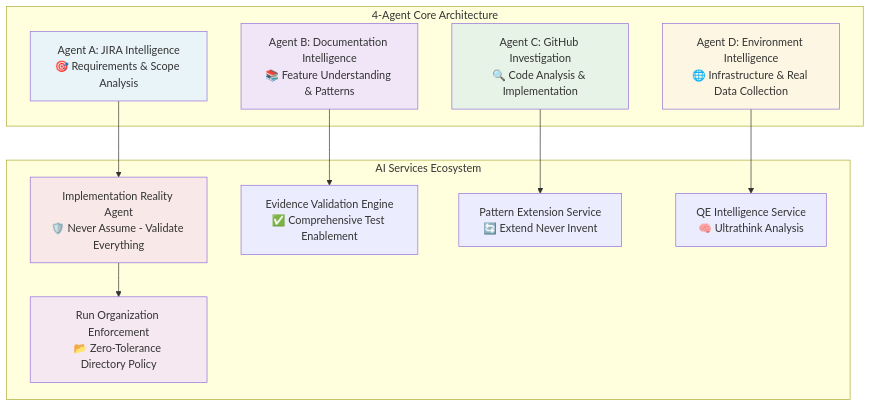
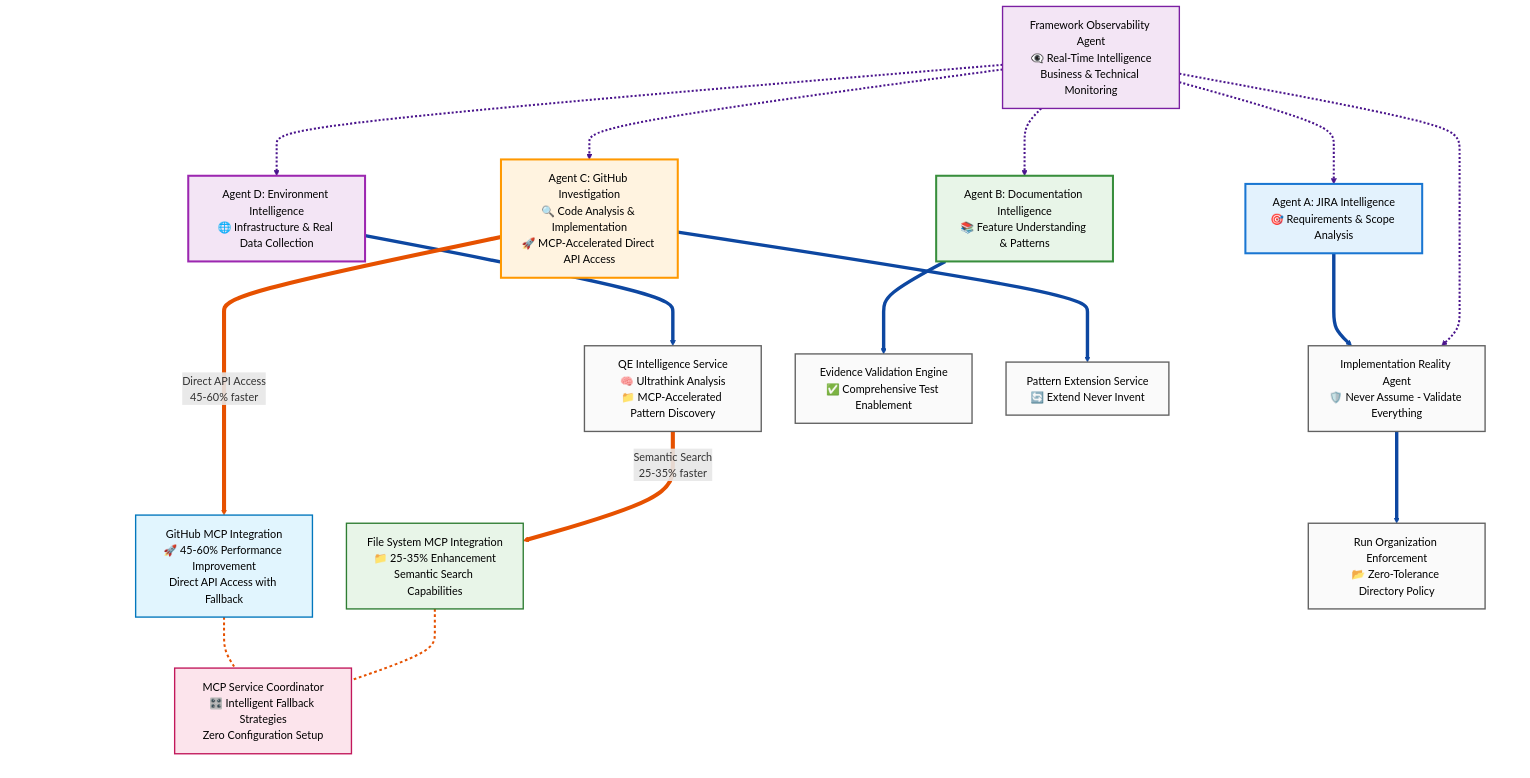
One commit to stolostron/ai-test-gen changed the diagram in apps/claude-test-generator/docs/framework-workflow-details.md. Above: the diagram before and after it, drawn with Mermaid. The commit also changed other lines of this file and 36 other files, not shown here.

````diff
--- a/apps/claude-test-generator/docs/framework-workflow-details.md
+++ b/apps/claude-test-generator/docs/framework-workflow-details.md
@@ -99,30 +103,97 @@
 ```mermaid
-graph TD
-    subgraph "4-Agent Core Architecture"
+flowchart TD
+    %% 4-Agent Core Architecture (Top Row)
+    subgraph AGENTS [" "]
         A[Agent A: JIRA Intelligence<br/>🎯 Requirements & Scope Analysis]
-        B[Agent B: Documentation Intelligence<br/>📚 Feature Understanding & Patterns]
-        C[Agent C: GitHub Investigation<br/>🔍 Code Analysis & Implementation]
+        B[Agent B: Documentation Intelligence<br/>📚 Feature Understanding & Patterns]  
+        C[Agent C: GitHub Investigation<br/>🔍 Code Analysis & Implementation<br/>🚀 MCP-Accelerated Direct API Access]
         D[Agent D: Environment Intelligence<br/>🌐 Infrastructure & Real Data Collection]
     end
     
-    subgraph "AI Services Ecosystem"
+    %% AI Services Ecosystem (Middle)
+    subgraph AI_SERVICES [" "]
         AI1[Implementation Reality Agent<br/>🛡️ Never Assume - Validate Everything]
         AI2[Evidence Validation Engine<br/>✅ Comprehensive Test Enablement]
         AI3[Pattern Extension Service<br/>🔄 Extend Never Invent]
-        AI4[QE Intelligence Service<br/>🧠 Ultrathink Analysis]
+        AI4[QE Intelligence Service<br/>🧠 Ultrathink Analysis<br/>📁 MCP-Accelerated Pattern Discovery]
         AI5[Run Organization Enforcement<br/>📂 Zero-Tolerance Directory Policy]
     end
     
-    A --> AI1
-    B --> AI2
-    C --> AI3
-    D --> AI4
-    AI1 --> AI5
+    %% MCP Integration Architecture (Right Side)
+    subgraph MCP_ARCH [" "]
+        MCP1[GitHub MCP Integration<br/>🚀 45-60% Performance Improvement<br/>Direct API Access with Fallback]
+        MCP2[File System MCP Integration<br/>📁 25-35% Enhancement<br/>Semantic Search Capabilities]
+        MCP3[MCP Service Coordinator<br/>🎛️ Intelligent Fallback Strategies<br/>Zero Configuration Setup]
+    end
     
-    style A fill:#e8f4f8
-    style B fill:#f0e6f7
-    style C fill:#e6f3e6
-    style D fill:#fdf6e3
-    style AI1 fill:#f8e8e8
-    style AI5 fill:#f5e8f0
+    %% Observability (Top Right)
+    AI6[Framework Observability Agent<br/>👁️‍🗨️ Real-Time Intelligence<br/>Business & Technical Monitoring]
+    
+    %% === MAIN AGENT-TO-SERVICE FLOW (Dark Blue Thick) ===
+    A ==> AI1
+    B ==> AI2  
+    C ==> AI3
+    D ==> AI4
+    AI1 ==> AI5
+    
+    %% === MCP INTEGRATION (Bold Orange) ===
+    C == "Direct API Access<br/>45-60% faster" ==> MCP1
+    AI4 == "Semantic Search<br/>25-35% faster" ==> MCP2
+    MCP1 -.- MCP3
+    MCP2 -.- MCP3
+    
+    %% === OBSERVABILITY MONITORING (Bold Purple) ===
+    AI6 -.-> A
+    AI6 -.-> B  
+    AI6 -.-> C
+    AI6 -.-> D
+    AI6 -.-> AI1
+    
+    %% === ARROW STYLING FOR VISIBILITY ===
+    %% Main agent-to-service flow - thick dark blue
+    linkStyle 0 stroke:#0d47a1,stroke-width:5px
+    linkStyle 1 stroke:#0d47a1,stroke-width:5px
+    linkStyle 2 stroke:#0d47a1,stroke-width:5px
+    linkStyle 3 stroke:#0d47a1,stroke-width:5px
+    linkStyle 4 stroke:#0d47a1,stroke-width:5px
+    
+    %% MCP integration - very bold orange
+    linkStyle 5 stroke:#e65100,stroke-width:6px
+    linkStyle 6 stroke:#e65100,stroke-width:6px
+    linkStyle 7 stroke:#e65100,stroke-width:3px,stroke-dasharray: 4 4
+    linkStyle 8 stroke:#e65100,stroke-width:3px,stroke-dasharray: 4 4
+    
+    %% Observability monitoring - bold purple
+    linkStyle 9 stroke:#4a148c,stroke-width:3px,stroke-dasharray: 3 3
+    linkStyle 10 stroke:#4a148c,stroke-width:3px,stroke-dasharray: 3 3
+    linkStyle 11 stroke:#4a148c,stroke-width:3px,stroke-dasharray: 3 3
+    linkStyle 12 stroke:#4a148c,stroke-width:3px,stroke-dasharray: 3 3
+    linkStyle 13 stroke:#4a148c,stroke-width:3px,stroke-dasharray: 3 3
+    
+    %% === STYLING ===
+    %% Agent Colors (Distinct)
+    style A fill:#e3f2fd,stroke:#1976d2,stroke-width:3px,color:#000
+    style B fill:#e8f5e8,stroke:#388e3c,stroke-width:3px,color:#000  
+    style C fill:#fff3e0,stroke:#ff9800,stroke-width:3px,color:#000
+    style D fill:#f3e5f5,stroke:#9c27b0,stroke-width:3px,color:#000
+    
+    %% AI Services (Gray)
+    style AI1 fill:#fafafa,stroke:#616161,stroke-width:2px,color:#000
+    style AI2 fill:#fafafa,stroke:#616161,stroke-width:2px,color:#000
+    style AI3 fill:#fafafa,stroke:#616161,stroke-width:2px,color:#000
+    style AI4 fill:#fafafa,stroke:#616161,stroke-width:2px,color:#000
+    style AI5 fill:#fafafa,stroke:#616161,stroke-width:2px,color:#000
+    
+    %% MCP Integration (Coordinated Colors)
+    style MCP1 fill:#e1f5fe,stroke:#0277bd,stroke-width:2px,color:#000
+    style MCP2 fill:#e8f5e8,stroke:#2e7d32,stroke-width:2px,color:#000
+    style MCP3 fill:#fce4ec,stroke:#c2185b,stroke-width:2px,color:#000
+    
+    %% Observability (Purple)
+    style AI6 fill:#f3e5f5,stroke:#7b1fa2,stroke-width:2px,color:#000
+    
+    %% Subgraph Transparency
+    style AGENTS fill:transparent,stroke:transparent
+    style AI_SERVICES fill:transparent,stroke:transparent
+    style MCP_ARCH fill:transparent,stroke:transparent
 ```
````
